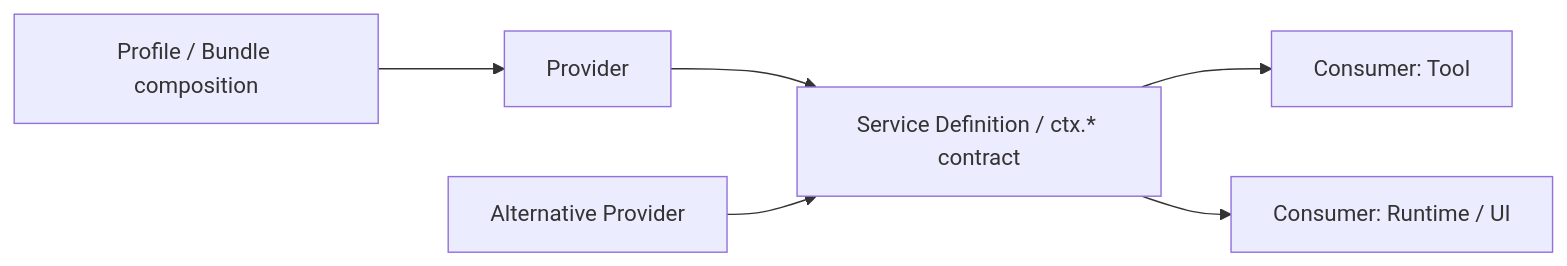
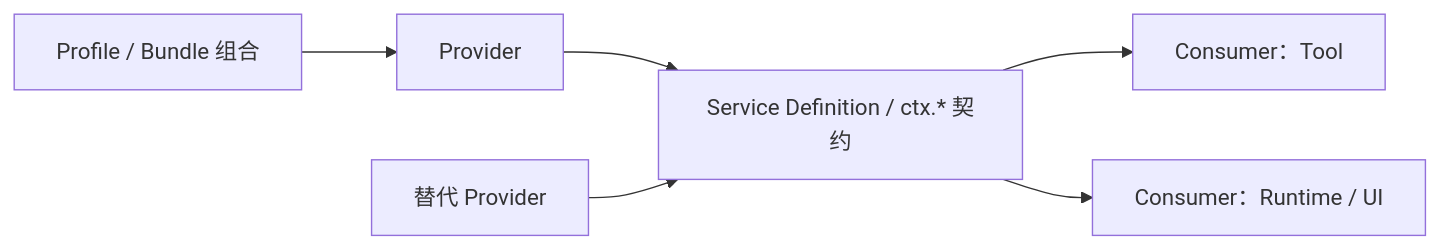
The diagram in src/react-app/content/whitepaper/v0.1.5-rc.1/06-capability-seams.md (0326/dsh-plugin-market), drawn with Mermaid before and after one commit. The commit also changed other lines of this file, not shown here.

Commit message:
docs: localize capability seam diagram

````diff
--- a/src/react-app/content/whitepaper/v0.1.5-rc.1/06-capability-seams.md
+++ b/src/react-app/content/whitepaper/v0.1.5-rc.1/06-capability-seams.md
@@ -21,8 +21,8 @@
 ```mermaid id=capability-seam
 flowchart LR
-  X["Profile / Bundle composition"] --> P["Provider"]
-  P --> D["Service Definition / ctx.* contract"]
-  D --> C1["Consumer: Tool"]
-  D --> C2["Consumer: Runtime / UI"]
-  P2["Alternative Provider"] --> D
+  X["Profile / Bundle 组合"] --> P["Provider"]
+  P --> D["Service Definition / ctx.* 契约"]
+  D --> C1["Consumer：Tool"]
+  D --> C2["Consumer：Runtime / UI"]
+  P2["替代 Provider"] --> D
 ```
````
